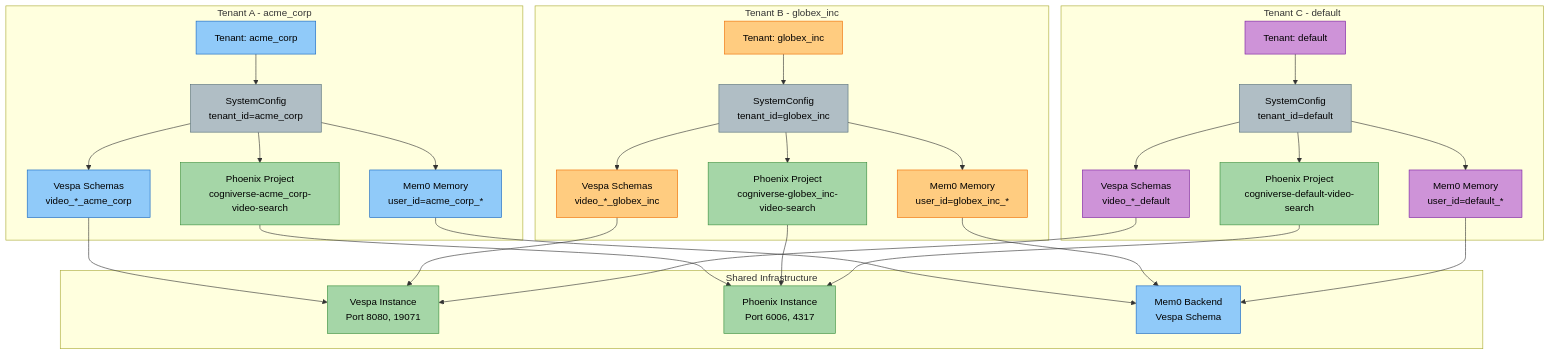
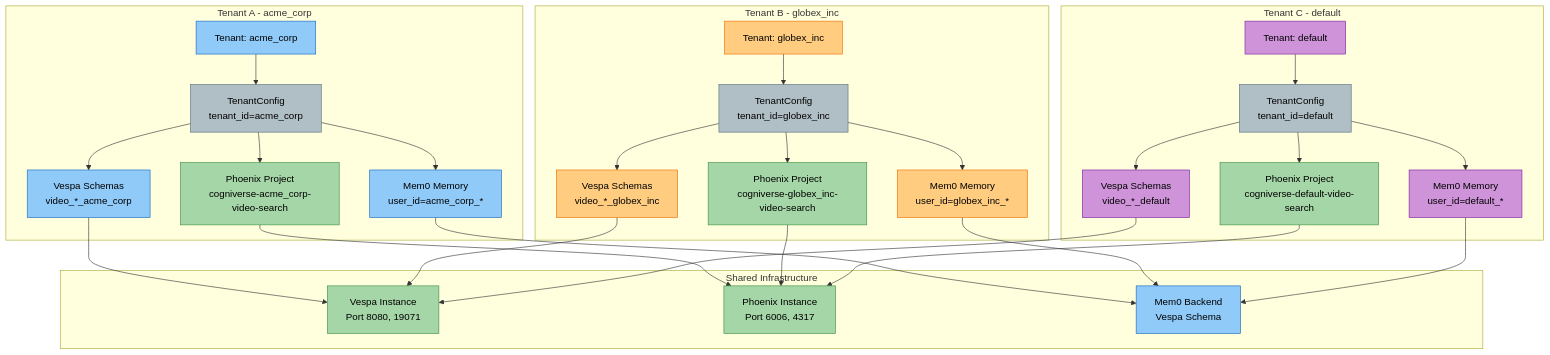
One commit to amit-jain/cogniverse changed the first of 21 diagrams in docs/diagrams/multi-tenant-diagrams.md. Above: the diagram before and after it, drawn with Mermaid. The commit also changed other lines of this file and 21 other files, not shown here.

````diff
--- a/docs/diagrams/multi-tenant-diagrams.md
+++ b/docs/diagrams/multi-tenant-diagrams.md
@@ -20,78 +20,78 @@
 ```mermaid
 flowchart TB
     subgraph "Tenant A - acme_corp"
         TenantA["<span style='color:#000'>Tenant: acme_corp</span>"]
-        ConfigA["<span style='color:#000'>SystemConfig<br/>tenant_id=acme_corp</span>"]
+        ConfigA["<span style='color:#000'>TenantConfig<br/>tenant_id=acme_corp</span>"]
         SchemaA["<span style='color:#000'>Vespa Schemas<br/>video_*_acme_corp</span>"]
         PhoenixA["<span style='color:#000'>Phoenix Project<br/>cogniverse-acme_corp-video-search</span>"]
         MemoryA["<span style='color:#000'>Mem0 Memory<br/>user_id=acme_corp_*</span>"]
     end
 
     subgraph "Tenant B - globex_inc"
         TenantB["<span style='color:#000'>Tenant: globex_inc</span>"]
-        ConfigB["<span style='color:#000'>SystemConfig<br/>tenant_id=globex_inc</span>"]
+        ConfigB["<span style='color:#000'>TenantConfig<br/>tenant_id=globex_inc</span>"]
         SchemaB["<span style='color:#000'>Vespa Schemas<br/>video_*_globex_inc</span>"]
         PhoenixB["<span style='color:#000'>Phoenix Project<br/>cogniverse-globex_inc-video-search</span>"]
         MemoryB["<span style='color:#000'>Mem0 Memory<br/>user_id=globex_inc_*</span>"]
     end
 
     subgraph "Tenant C - default"
         TenantC["<span style='color:#000'>Tenant: default</span>"]
-        ConfigC["<span style='color:#000'>SystemConfig<br/>tenant_id=default</span>"]
+        ConfigC["<span style='color:#000'>TenantConfig<br/>tenant_id=default</span>"]
         SchemaC["<span style='color:#000'>Vespa Schemas<br/>video_*_default</span>"]
         PhoenixC["<span style='color:#000'>Phoenix Project<br/>cogniverse-default-video-search</span>"]
         MemoryC["<span style='color:#000'>Mem0 Memory<br/>user_id=default_*</span>"]
     end
 
     subgraph "Shared Infrastructure"
         Vespa["<span style='color:#000'>Vespa Instance<br/>Port 8080, 19071</span>"]
         Phoenix["<span style='color:#000'>Phoenix Instance<br/>Port 6006, 4317</span>"]
         Mem0["<span style='color:#000'>Mem0 Backend<br/>Vespa Schema</span>"]
     end
 
     TenantA --> ConfigA
     ConfigA --> SchemaA
     ConfigA --> PhoenixA
     ConfigA --> MemoryA
 
     TenantB --> ConfigB
     ConfigB --> SchemaB
     ConfigB --> PhoenixB
     ConfigB --> MemoryB
 
     TenantC --> ConfigC
     ConfigC --> SchemaC
     ConfigC --> PhoenixC
     ConfigC --> MemoryC
 
     SchemaA --> Vespa
     SchemaB --> Vespa
     SchemaC --> Vespa
 
     PhoenixA --> Phoenix
     PhoenixB --> Phoenix
     PhoenixC --> Phoenix
 
     MemoryA --> Mem0
     MemoryB --> Mem0
     MemoryC --> Mem0
 
     style TenantA fill:#90caf9,stroke:#1565c0,color:#000
     style ConfigA fill:#b0bec5,stroke:#546e7a,color:#000
     style SchemaA fill:#90caf9,stroke:#1565c0,color:#000
     style PhoenixA fill:#a5d6a7,stroke:#388e3c,color:#000
     style MemoryA fill:#90caf9,stroke:#1565c0,color:#000
     style TenantB fill:#ffcc80,stroke:#ef6c00,color:#000
     style ConfigB fill:#b0bec5,stroke:#546e7a,color:#000
     style SchemaB fill:#ffcc80,stroke:#ef6c00,color:#000
     style PhoenixB fill:#a5d6a7,stroke:#388e3c,color:#000
     style MemoryB fill:#ffcc80,stroke:#ef6c00,color:#000
     style TenantC fill:#ce93d8,stroke:#7b1fa2,color:#000
     style ConfigC fill:#b0bec5,stroke:#546e7a,color:#000
     style SchemaC fill:#ce93d8,stroke:#7b1fa2,color:#000
     style PhoenixC fill:#a5d6a7,stroke:#388e3c,color:#000
     style MemoryC fill:#ce93d8,stroke:#7b1fa2,color:#000
     style Vespa fill:#a5d6a7,stroke:#388e3c,color:#000
     style Phoenix fill:#a5d6a7,stroke:#388e3c,color:#000
     style Mem0 fill:#90caf9,stroke:#1565c0,color:#000
 ```
````
